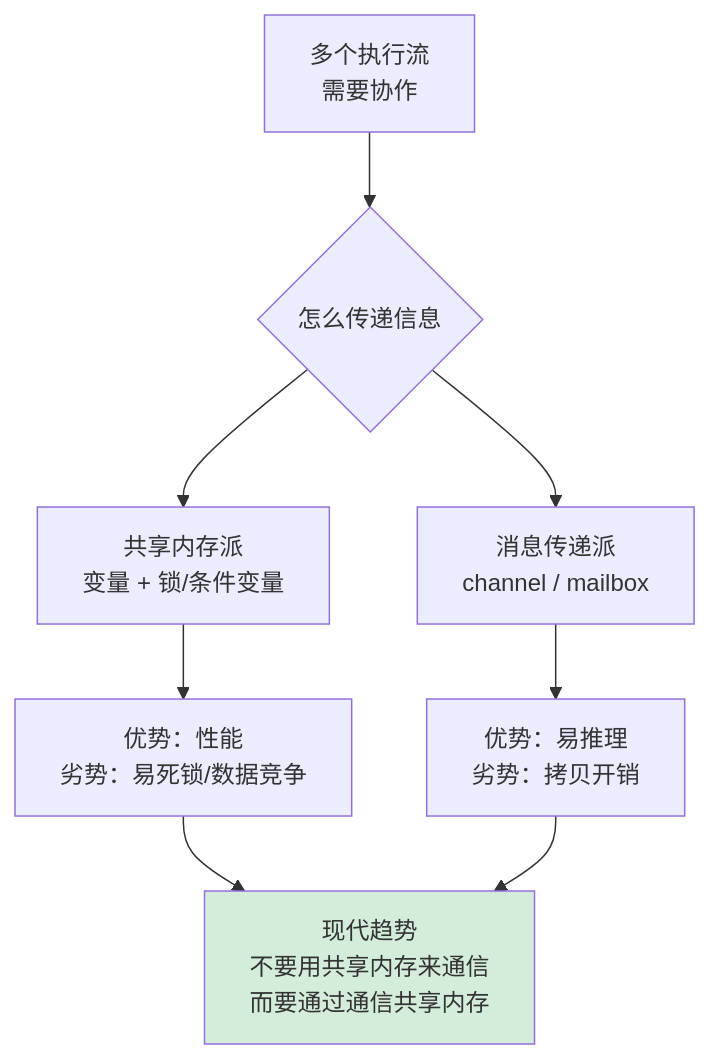
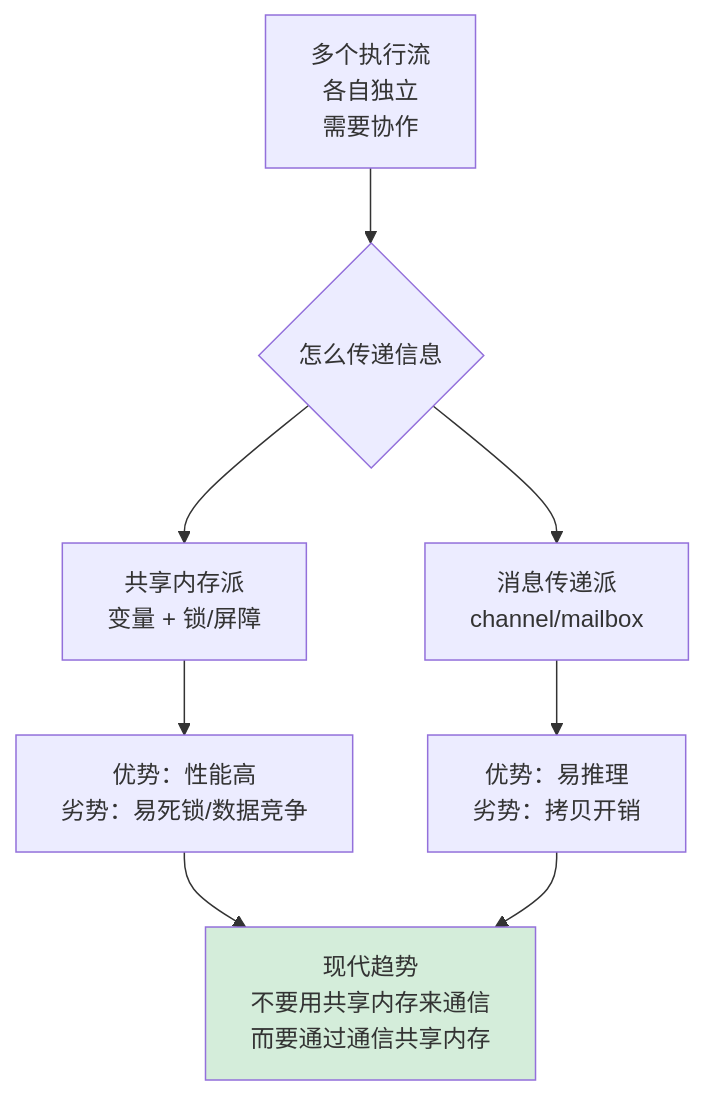
The first of 8 diagrams in 00.通用技术的提升/02.程序编程原理/12.线程通信设计思想.md (chongyang211/YCBookBlog), drawn with Mermaid before and after one commit. The commit also changed other lines of this file and 1 other file, not shown here.

````diff
--- a/00.通用技术的提升/02.程序编程原理/12.线程通信设计思想.md
+++ b/00.通用技术的提升/02.程序编程原理/12.线程通信设计思想.md
@@ -9,10 +9,10 @@
 ```mermaid
 flowchart TB
-    A[多个执行流<br/>需要协作] --> B{怎么传递信息}
-    B --> C1[共享内存派<br/>变量 + 锁/条件变量]
-    B --> C2[消息传递派<br/>channel / mailbox]
-    C1 --> D1[优势：性能<br/>劣势：易死锁/数据竞争]
+    A[多个执行流<br/>各自独立<br/>需要协作] --> B{怎么传递信息}
+    B --> C1[共享内存派<br/>变量 + 锁/屏障]
+    B --> C2[消息传递派<br/>channel/mailbox]
+    C1 --> D1[优势：性能高<br/>劣势：易死锁/数据竞争]
     C2 --> D2[优势：易推理<br/>劣势：拷贝开销]
     D1 & D2 --> E[现代趋势<br/>不要用共享内存来通信<br/>而要通过通信共享内存]
     style E fill:#d4edda
 ```
````
